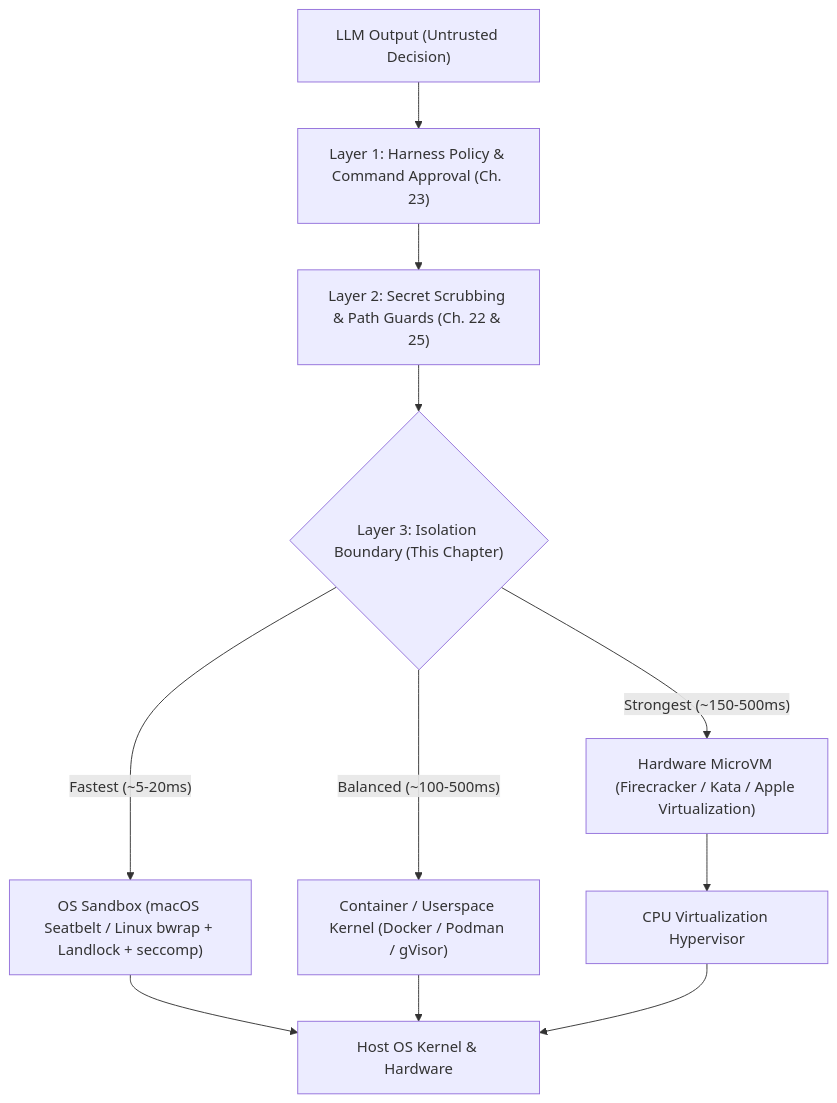
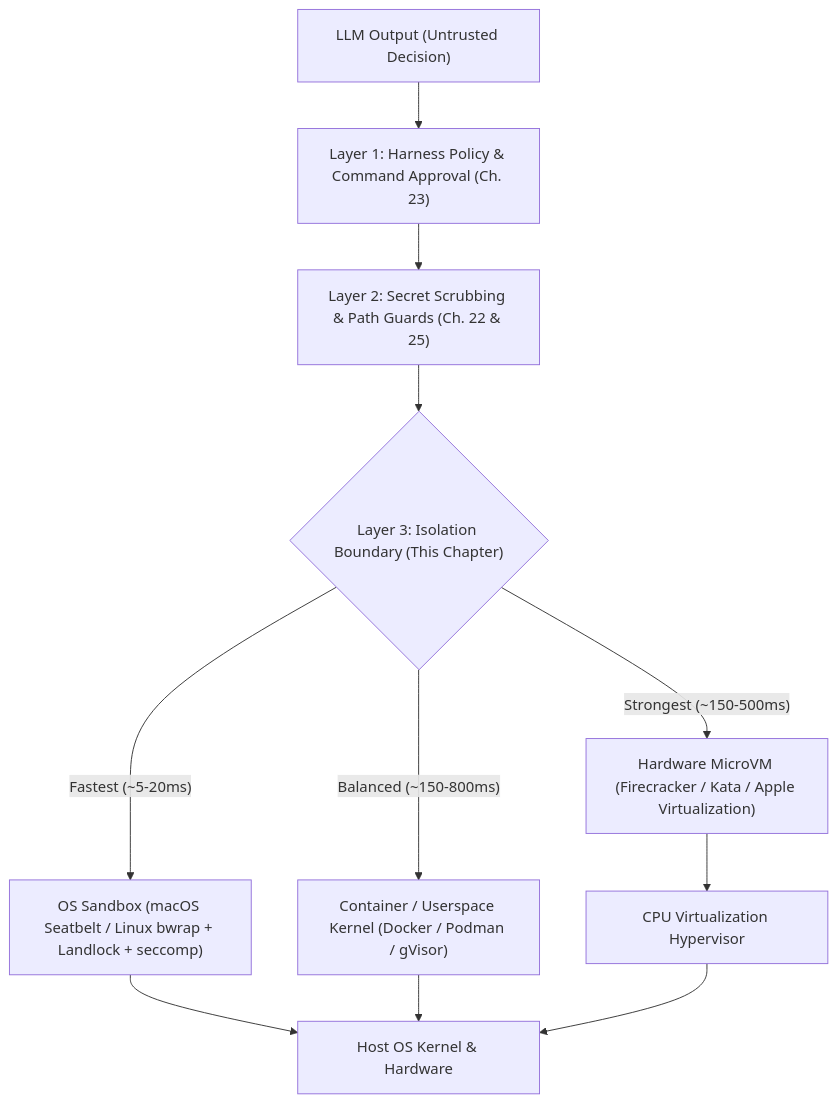
The diagram in harness-engineering-study-guide/04-sandboxing-and-security/21-os-level-sandboxing-seatbelt-bubblewrap-landlock-containers.md (AjitKP91/harness-engineering), drawn with Mermaid before and after one commit. The commit also changed other lines of this file and 19 other files, not shown here.

````diff
--- a/harness-engineering-study-guide/04-sandboxing-and-security/21-os-level-sandboxing-seatbelt-bubblewrap-landlock-containers.md
+++ b/harness-engineering-study-guide/04-sandboxing-and-security/21-os-level-sandboxing-seatbelt-bubblewrap-landlock-containers.md
@@ -57,13 +57,13 @@
 ```mermaid
 flowchart TD
     LLM["LLM Output (Untrusted Decision)"] --> Policy["Layer 1: Harness Policy & Command Approval (Ch. 23)"]
     Policy --> Env["Layer 2: Secret Scrubbing & Path Guards (Ch. 22 & 25)"]
     Env --> Sandbox{"Layer 3: Isolation Boundary (This Chapter)"}
     Sandbox -->|"Fastest (~5-20ms)"| OSSandbox["OS Sandbox (macOS Seatbelt / Linux bwrap + Landlock + seccomp)"]
-    Sandbox -->|"Balanced (~100-500ms)"| Container["Container / Userspace Kernel (Docker / Podman / gVisor)"]
+    Sandbox -->|"Balanced (~150-800ms)"| Container["Container / Userspace Kernel (Docker / Podman / gVisor)"]
     Sandbox -->|"Strongest (~150-500ms)"| MicroVM["Hardware MicroVM (Firecracker / Kata / Apple Virtualization)"]
     OSSandbox --> Host["Host OS Kernel & Hardware"]
     Container --> Host
     MicroVM --> Hypervisor["CPU Virtualization Hypervisor"]
     Hypervisor --> Host
 ```
````
